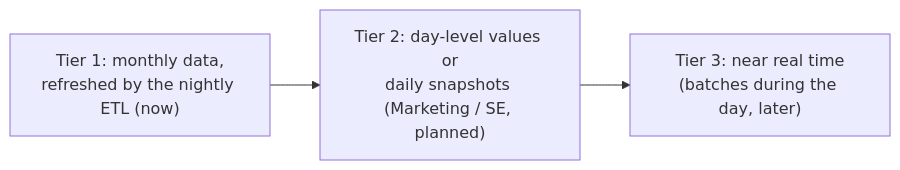
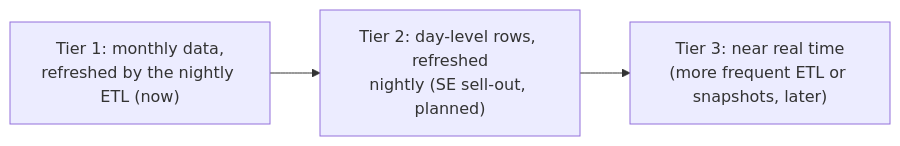
Before and after one commit to kurnFR/salesperformance: the seventh of 7 diagrams in docs/02-architecture.md, drawn with Mermaid. The commit also changed 6 other files, not shown here.

Commit message:
docs: SE daily data exists (nightly refresh), module release gate after Sales validation

````diff
--- a/docs/02-architecture.md
+++ b/docs/02-architecture.md
@@ -299,5 +299,5 @@
 ```mermaid
 flowchart LR
-  T1["Tier 1: monthly data,<br/>refreshed by the nightly ETL (now)"] --> T2["Tier 2: day-level values or<br/>daily snapshots (Marketing / SE, planned)"]
-  T2 --> T3["Tier 3: near real time<br/>(batches during the day, later)"]
+  T1["Tier 1: monthly data,<br/>refreshed by the nightly ETL (now)"] --> T2["Tier 2: day-level rows, refreshed<br/>nightly (SE sell-out, planned)"]
+  T2 --> T3["Tier 3: near real time<br/>(more frequent ETL or snapshots, later)"]
 ```
````
